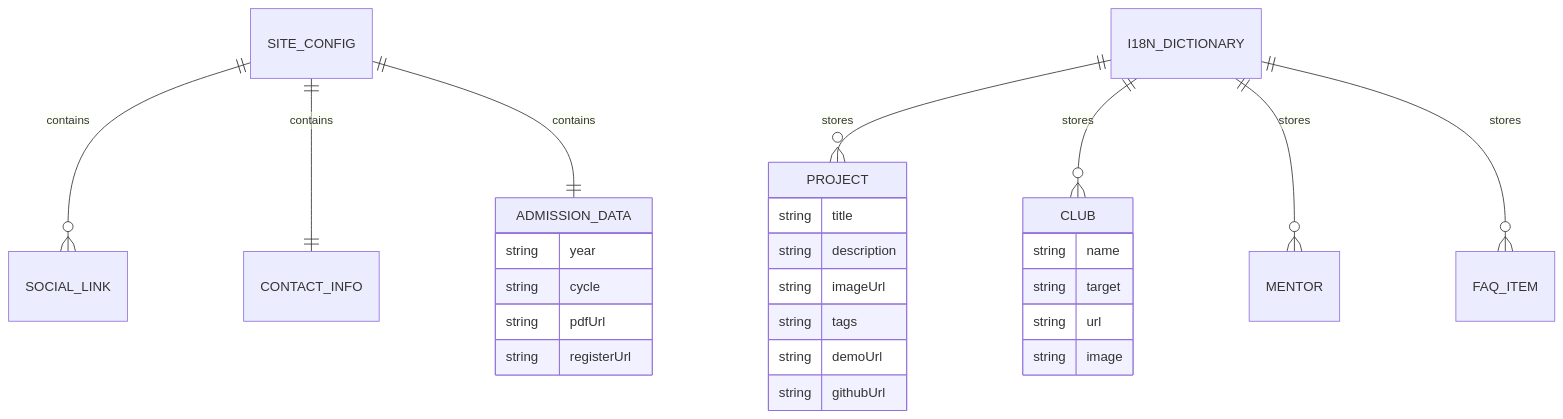
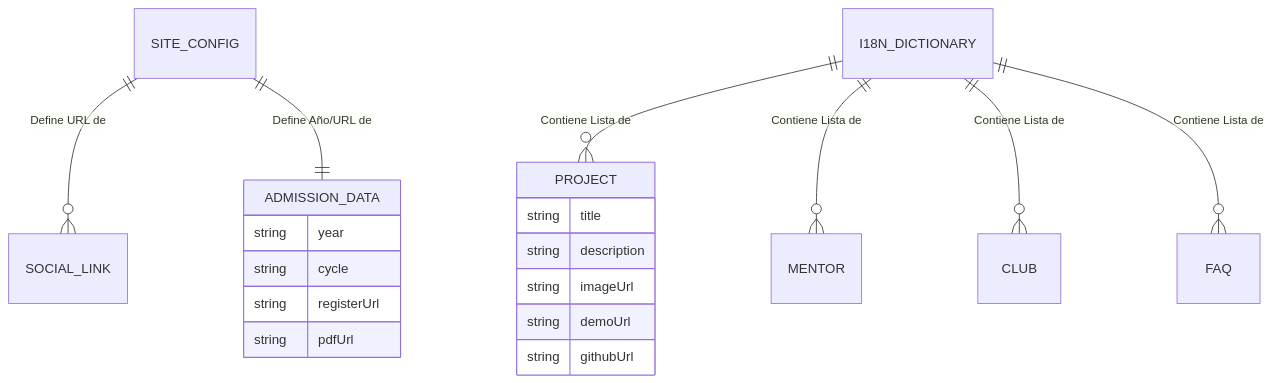
One commit to tics-itsoeh/itics-website changed the sixth of 9 diagrams in docs/diagrams.md. Above: the diagram before and after it, drawn with Mermaid. The commit also changed other lines of this file, not shown here.

Commit message:
docs: expand diagrams collection with specialized maintenance and data flows

````diff
--- a/docs/diagrams.md
+++ b/docs/diagrams.md
@@ -129,34 +158,25 @@
 ```mermaid
 erDiagram
-    SITE_CONFIG ||--o{ SOCIAL_LINK : contains
-    SITE_CONFIG ||--|| CONTACT_INFO : contains
-    SITE_CONFIG ||--|| ADMISSION_DATA : contains
-
-    I18N_DICTIONARY ||--o{ PROJECT : stores
-    I18N_DICTIONARY ||--o{ CLUB : stores
-    I18N_DICTIONARY ||--o{ MENTOR : stores
-    I18N_DICTIONARY ||--o{ FAQ_ITEM : stores
+    SITE_CONFIG ||--o{ SOCIAL_LINK : "Define URL de"
+    SITE_CONFIG ||--|| ADMISSION_DATA : "Define Año/URL de"
+    
+    I18N_DICTIONARY ||--o{ PROJECT : "Contiene Lista de"
+    I18N_DICTIONARY ||--o{ MENTOR : "Contiene Lista de"
+    I18N_DICTIONARY ||--o{ CLUB : "Contiene Lista de"
+    I18N_DICTIONARY ||--o{ FAQ : "Contiene Lista de"
 
     PROJECT {
         string title
         string description
         string imageUrl
-        string tags
         string demoUrl
         string githubUrl
-    }
-
-    CLUB {
-        string name
-        string target
-        string url
-        string image
     }
 
     ADMISSION_DATA {
         string year
         string cycle
+        string registerUrl
         string pdfUrl
-        string registerUrl
     }
 ```
````
